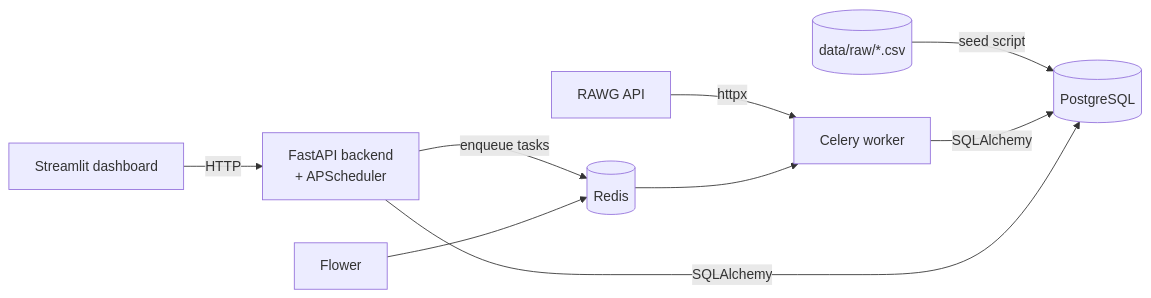
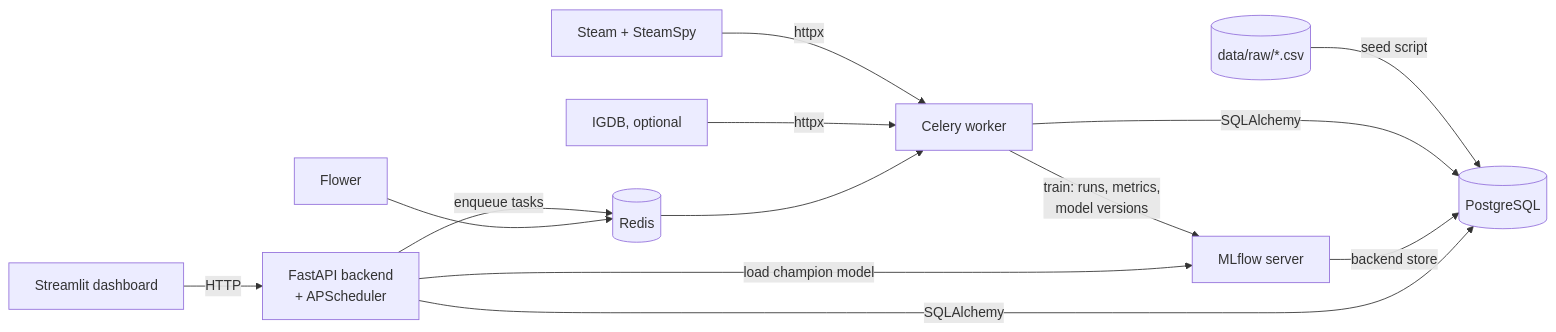
The diagram in README.md (gkhnelbstn/end-to-end-video-game-ml), drawn with Mermaid before and after one commit. The commit also changed other lines of this file and 38 other files, not shown here.

First line of the commit message:
feat: Steam/IGDB ingestion and a Metacritic model tracked in MLflow

````diff
--- a/README.md
+++ b/README.md
@@ -61,11 +83,15 @@
 ```mermaid
 flowchart LR
-    RAWG[RAWG API] -->|httpx| W[Celery worker]
+    STEAM[Steam + SteamSpy] -->|httpx| W[Celery worker]
+    IGDB[IGDB, optional] -->|httpx| W
     CSV[(data/raw/*.csv)] -->|seed script| DB
     B[FastAPI backend<br/>+ APScheduler] -->|enqueue tasks| R[(Redis)]
     R --> W
     W -->|SQLAlchemy| DB[(PostgreSQL)]
+    W -->|train: runs, metrics,<br/>model versions| M[MLflow server]
+    B -->|load champion model| M
+    M -->|backend store| DB
     B -->|SQLAlchemy| DB
     F[Streamlit dashboard] -->|HTTP| B
     FL[Flower] --> R
 ```
````
